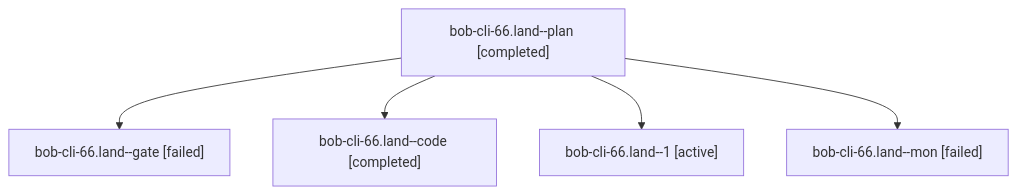
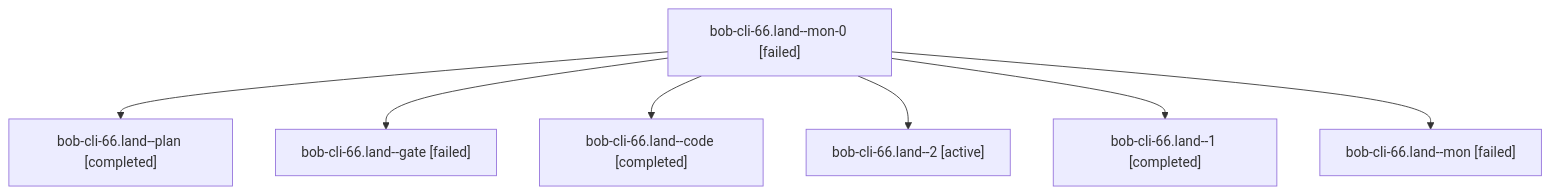
The diagram in sessions/bbugyi200.athena.bob-cli-66.land.md (bobs-org/bob-cli--agents), drawn with Mermaid before and after one commit. The commit also changed other lines of this file and 49 other files, not shown here.

````diff
--- a/sessions/bbugyi200.athena.bob-cli-66.land.md
+++ b/sessions/bbugyi200.athena.bob-cli-66.land.md
@@ -9,12 +9,16 @@
 ```mermaid
 flowchart TD
-  n0["bob-cli-66.land--plan [completed]"]
-  n1["bob-cli-66.land--gate [failed]"]
+  n0["bob-cli-66.land--mon-0 [failed]"]
+  n1["bob-cli-66.land--plan [completed]"]
   n0 --> n1
-  n2["bob-cli-66.land--code [completed]"]
+  n2["bob-cli-66.land--gate [failed]"]
   n0 --> n2
-  n3["bob-cli-66.land--1 [active]"]
+  n3["bob-cli-66.land--code [completed]"]
   n0 --> n3
-  n4["bob-cli-66.land--mon [failed]"]
+  n4["bob-cli-66.land--2 [active]"]
   n0 --> n4
+  n5["bob-cli-66.land--1 [completed]"]
+  n0 --> n5
+  n6["bob-cli-66.land--mon [failed]"]
+  n0 --> n6
 ```
````
